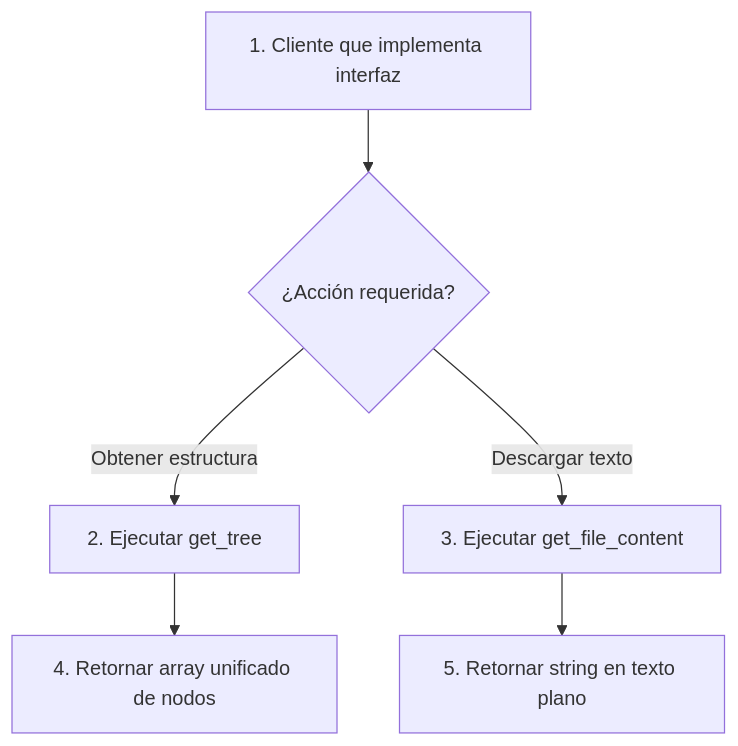
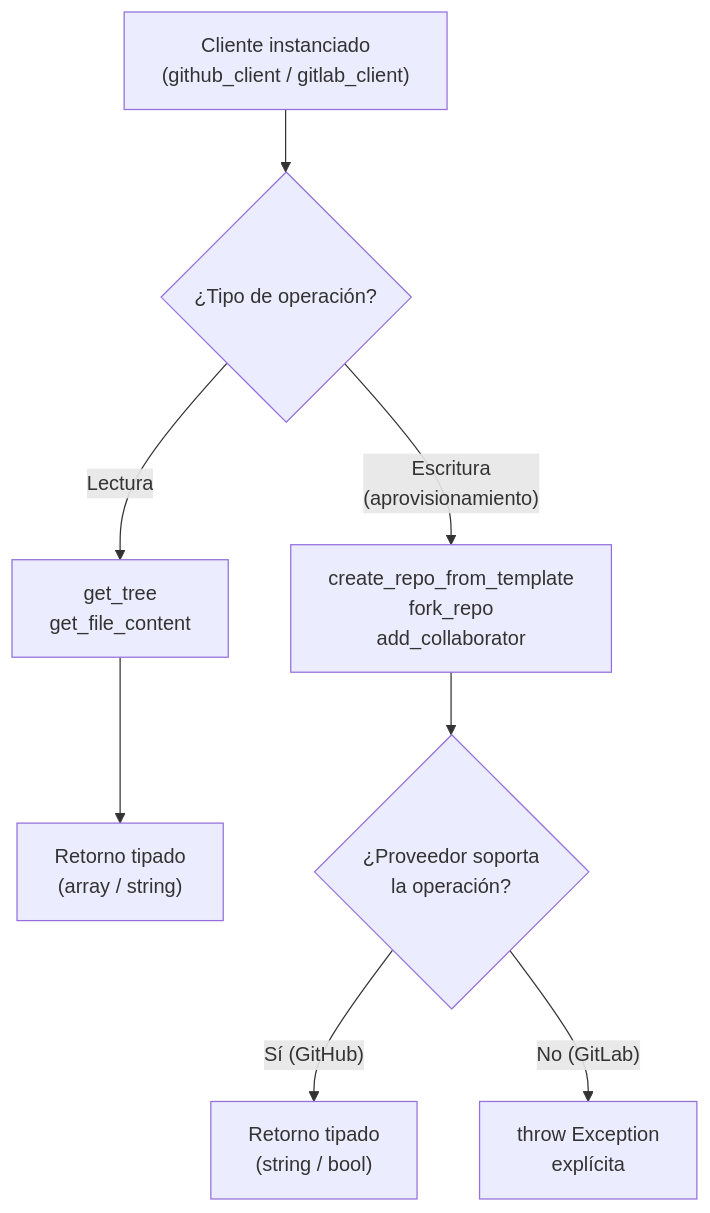
Before and after one commit to julia8873/pluginMoodleMetricas: the diagram in docs/gitmetrics/classes/git_provider_interface.md, drawn with Mermaid. The commit also changed other lines of this file and 60 other files, not shown here.

````diff
--- a/docs/gitmetrics/classes/git_provider_interface.md
+++ b/docs/gitmetrics/classes/git_provider_interface.md
@@ -13,8 +11,10 @@
 ```mermaid
 graph TD
-    A["1. Cliente que implementa interfaz"] --> B{"¿Acción requerida?"}
-    B -->|"Obtener estructura"| C["2. Ejecutar get_tree"]
-    B -->|"Descargar texto"| D["3. Ejecutar get_file_content"]
-    C --> E["4. Retornar array unificado de nodos"]
-    D --> F["5. Retornar string en texto plano"]
+    A["Cliente instanciado\n(github_client / gitlab_client)"] --> B{"¿Tipo de operación?"}
+    B -->|"Lectura"| C["get_tree\nget_file_content"]
+    B -->|"Escritura\n(aprovisionamiento)"| D["create_repo_from_template\nfork_repo\nadd_collaborator"]
+    C --> E["Retorno tipado\n(array / string)"]
+    D --> F{"¿Proveedor soporta\nla operación?"}
+    F -->|"Sí (GitHub)"| G["Retorno tipado\n(string / bool)"]
+    F -->|"No (GitLab)"| H["throw Exception\nexplícita"]
 ```
````
